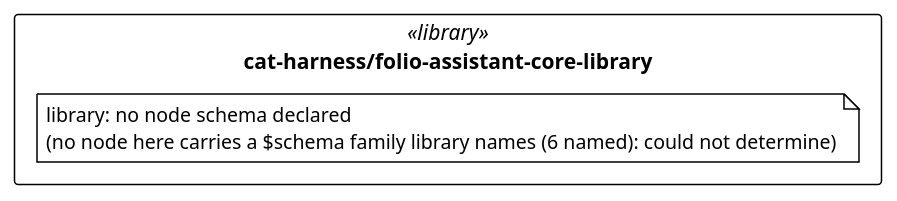
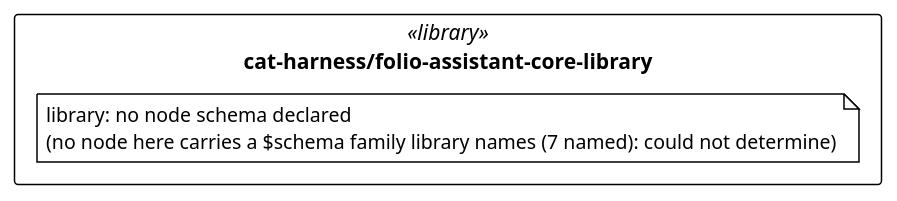
Before and after one commit to litlfred/folio-assistant: the diagram in cat-harness/uml/overview/cat-harness/folio-assistant-core-library.puml, drawn with PlantUML. The commit also changed 55 other files, not shown here.

```diff
--- a/cat-harness/uml/overview/cat-harness/folio-assistant-core-library.puml
+++ b/cat-harness/uml/overview/cat-harness/folio-assistant-core-library.puml
@@ -3,13 +3,13 @@
 @startuml cat_harness_folio_assistant_core_library
 !pragma layout elk
 !theme plain
 skinparam classAttributeIconSize 0
 skinparam shadowing false
 skinparam packageStyle rectangle
 hide empty methods
 
 package "cat-harness/folio-assistant-core-library" as pkg_cat_harness_folio_assistant_core_library <<library>> {
-  note "library: no node schema declared\n(no node here carries a $schema family library names (6 named): could not determine)" as n_cat_harness_folio_assistant_core_library_library
+  note "library: no node schema declared\n(no node here carries a $schema family library names (7 named): could not determine)" as n_cat_harness_folio_assistant_core_library_library
 }
 
 @enduml
```
